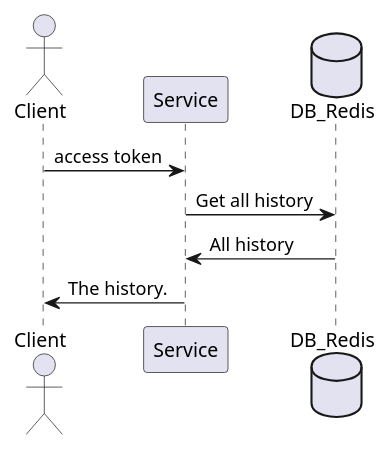
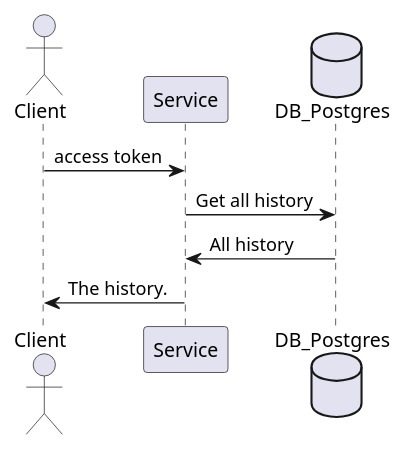
Before and after one commit to DeneesK/auth-service-flask: the diagram in doc/get_history.puml, drawn with PlantUML. The commit also changed 4 other files, not shown here.

```diff
--- a/doc/get_history.puml
+++ b/doc/get_history.puml
@@ -1,8 +1,8 @@
 @startuml
 actor Client
 Client -> Service: access token
-database DB_Redis
-Service -> DB_Redis: Get all history
-DB_Redis -> Service: All history
+database DB_Postgres
+Service -> DB_Postgres: Get all history
+DB_Postgres -> Service: All history
 Service -> Client: The history.
 @enduml
```
